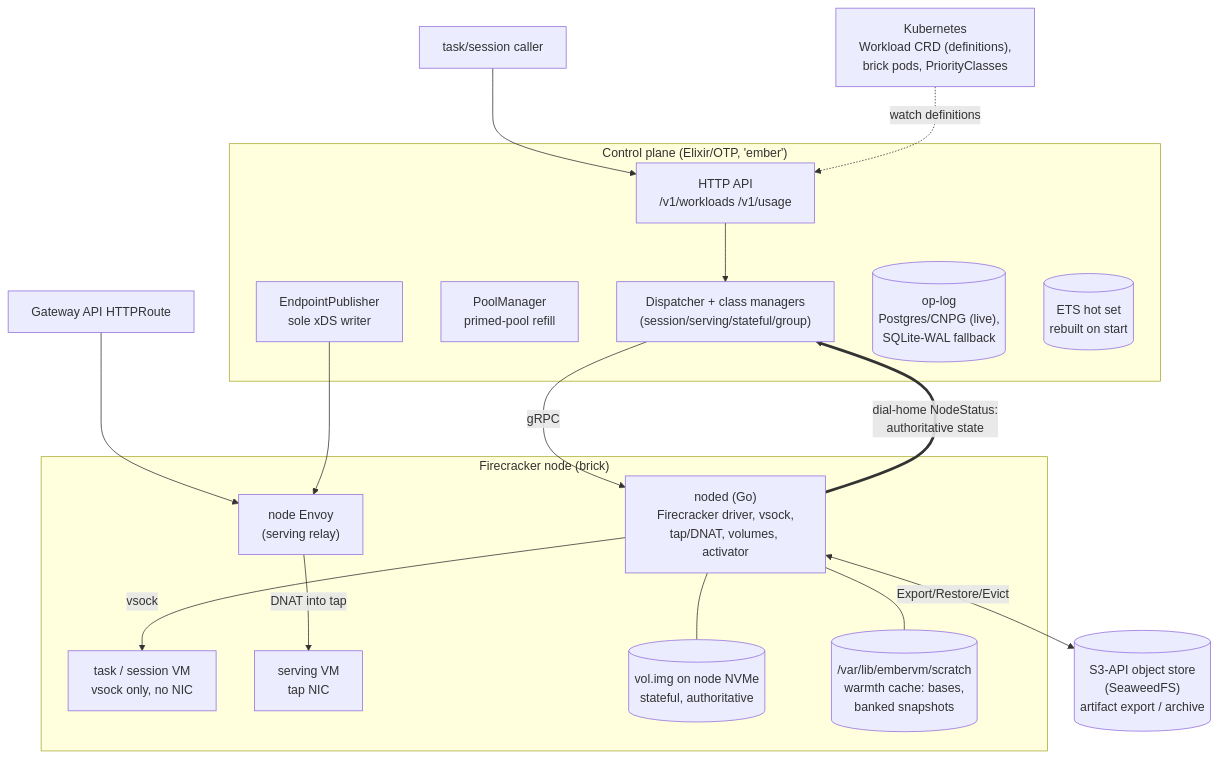
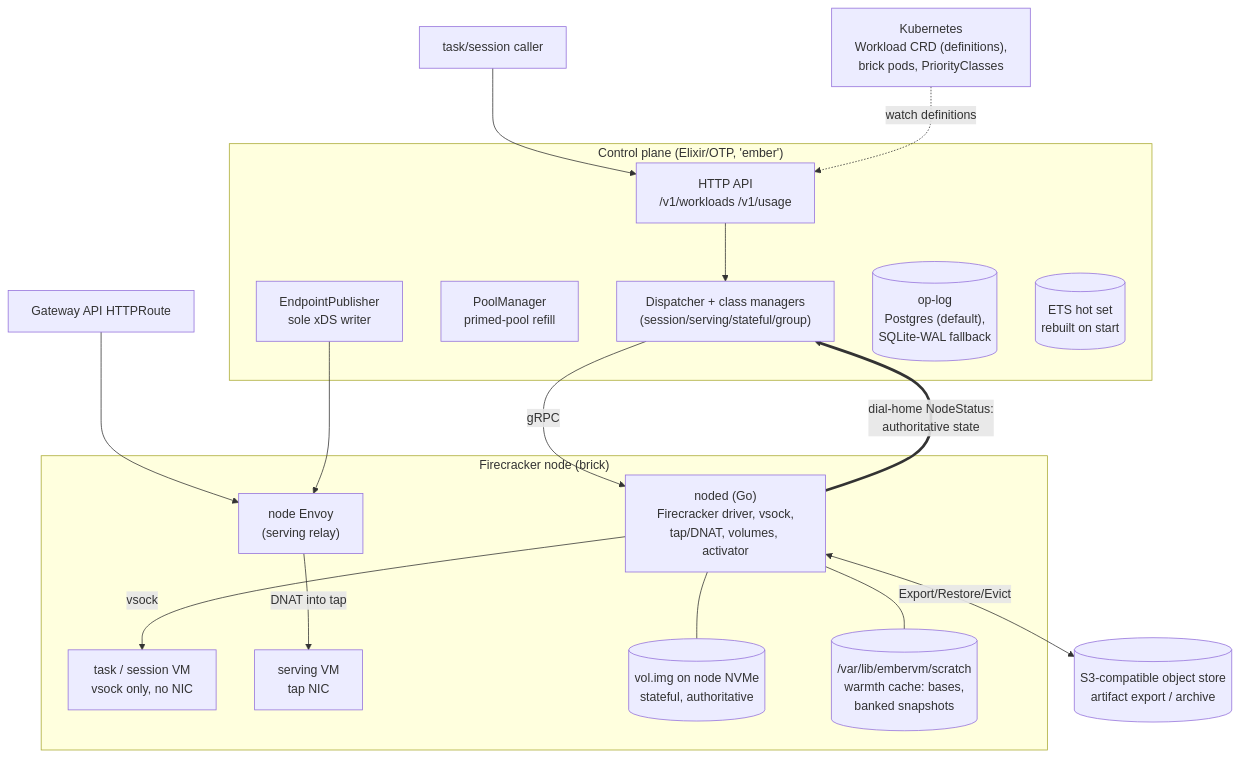
The first of 2 diagrams in projects/embervm/ARCHITECTURE.md (jomcgi-org/homelab), drawn with Mermaid before and after one commit. The commit also changed other lines of this file and 5 other files, not shown here.

First line of the commit message:
docs(embervm): make ARCHITECTURE.md standalone and deployment-agnostic

````diff
--- a/projects/embervm/ARCHITECTURE.md
+++ b/projects/embervm/ARCHITECTURE.md
@@ -86,34 +85,34 @@
 ```mermaid
 graph TB
     subgraph cp ["Control plane (Elixir/OTP, 'ember')"]
         API["HTTP API<br/>/v1/workloads /v1/usage"]
         DISP["Dispatcher + class managers<br/>(session/serving/stateful/group)"]
         POOL["PoolManager<br/>primed-pool refill"]
         XDS["EndpointPublisher<br/>sole xDS writer"]
-        OPLOG[("op-log<br/>Postgres/CNPG (live),<br/>SQLite-WAL fallback")]
+        OPLOG[("op-log<br/>Postgres (default),<br/>SQLite-WAL fallback")]
         ETS[("ETS hot set<br/>rebuilt on start")]
     end
 
     subgraph node ["Firecracker node (brick)"]
         NODED["noded (Go)<br/>Firecracker driver, vsock,<br/>tap/DNAT, volumes, activator"]
         ENVOY["node Envoy<br/>(serving relay)"]
         VM1["task / session VM<br/>vsock only, no NIC"]
         VM2["serving VM<br/>tap NIC"]
         VOL[("vol.img on node NVMe<br/>stateful, authoritative")]
         SCRATCH[("/var/lib/embervm/scratch<br/>warmth cache: bases,<br/>banked snapshots")]
     end
 
-    S3[("S3-API object store<br/>(SeaweedFS)<br/>artifact export / archive")]
+    S3[("S3-compatible object store<br/>artifact export / archive")]
     K8S["Kubernetes<br/>Workload CRD (definitions),<br/>brick pods, PriorityClasses"]
 
     CALLER["task/session caller"] --> API
     API --> DISP -->|gRPC| NODED
     NODED -->|vsock| VM1
     EDGE["Gateway API HTTPRoute"] --> ENVOY
     XDS --> ENVOY
     ENVOY -->|DNAT into tap| VM2
     NODED ==>|dial-home NodeStatus:<br/>authoritative state| DISP
     NODED <-->|Export/Restore/Evict| S3
     NODED --- VOL & SCRATCH
     K8S -.->|watch definitions| API
 ```
````
